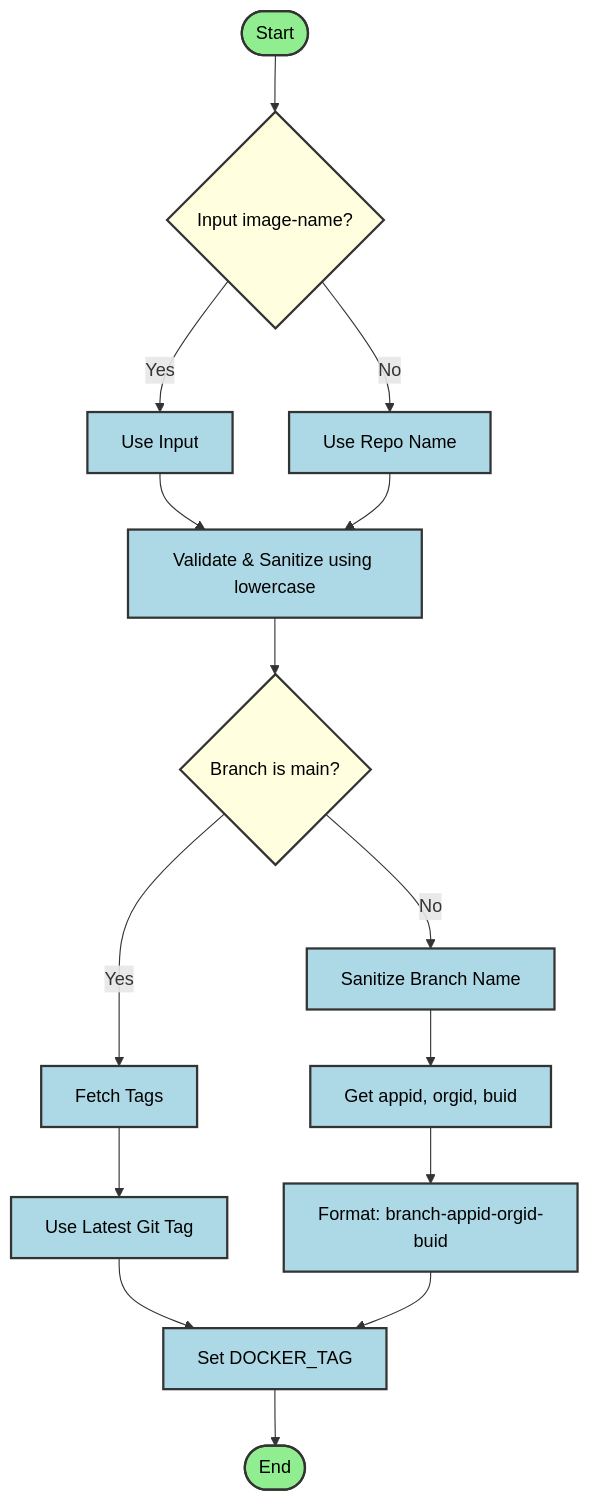
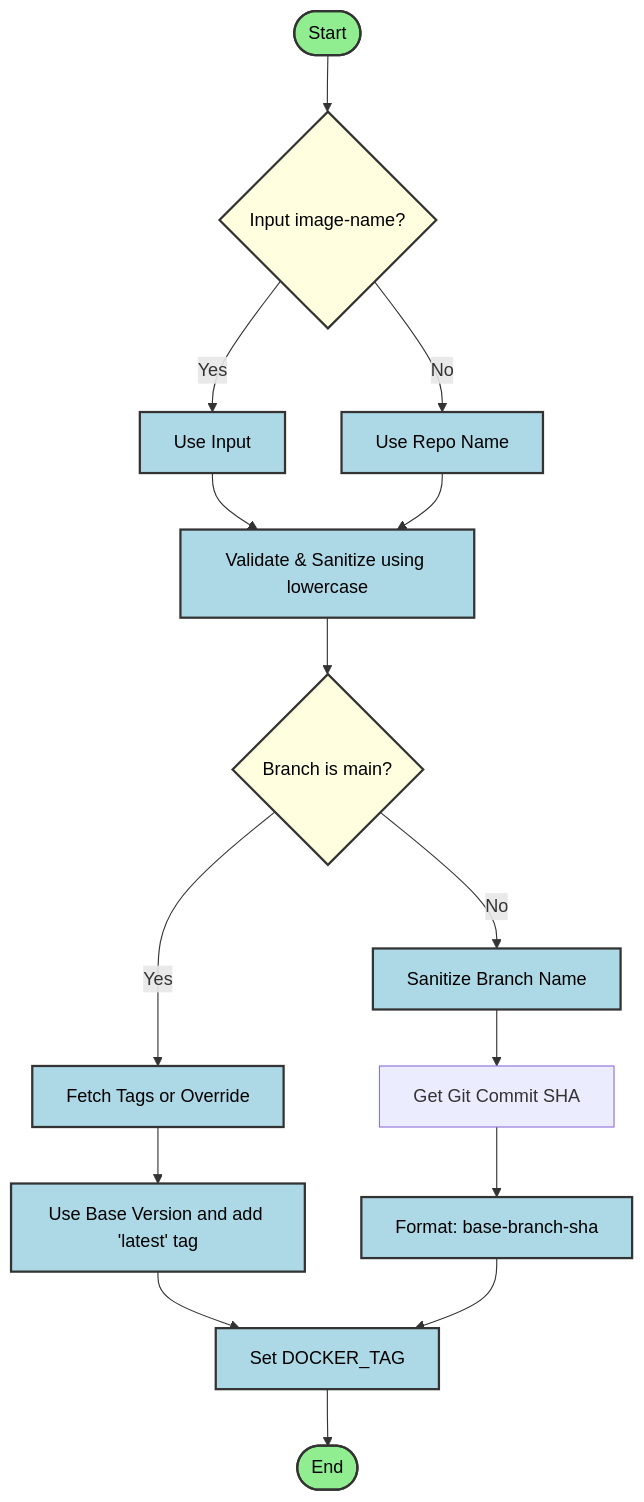
One commit to orbitcluster/oc-cicd-docker-build-workflow changed the diagram in README.md. Above: the diagram before and after it, drawn with Mermaid. The commit also changed other lines of this file and 2 other files, not shown here.

Commit message:
feat: update branch tag as latest when pushed from main

````diff
--- a/README.md
+++ b/README.md
@@ -42,25 +42,25 @@
 ```mermaid
 flowchart TD
     Start([Start]) --> InputImage{Input image-name?}
     InputImage -- Yes --> UseInput[Use Input]
     InputImage -- No --> UseRepo[Use Repo Name]
     UseInput --> Validate[Validate & Sanitize using lowercase]
     UseRepo --> Validate
     Validate --> CheckBranch{Branch is main?}
-    CheckBranch -- Yes --> FetchTags[Fetch Tags]
-    FetchTags --> LatestTag[Use Latest Git Tag]
+    CheckBranch -- Yes --> FetchTags[Fetch Tags or Override]
+    FetchTags --> LatestTag[Use Base Version and add 'latest' tag]
     LatestTag --> Output[Set DOCKER_TAG]
     CheckBranch -- No --> SanitizeBranch[Sanitize Branch Name]
-    SanitizeBranch --> GetIDs[Get appid, orgid, buid]
-    GetIDs --> FormatTag[Format: branch-appid-orgid-buid]
+    SanitizeBranch --> GetSHA[Get Git Commit SHA]
+    GetSHA --> FormatTag[Format: base-branch-sha]
     FormatTag --> Output
     Output --> End([End])
 
     classDef startend fill:#90EE90,stroke:#333,stroke-width:2px,color:#000;
     classDef process fill:#ADD8E6,stroke:#333,stroke-width:2px,color:#000;
     classDef decision fill:#FFFFE0,stroke:#333,stroke-width:2px,color:#000;
 
     class Start,End startend;
     class UseInput,UseRepo,Validate,FetchTags,LatestTag,Output,SanitizeBranch,GetIDs,FormatTag process;
     class InputImage,CheckBranch decision;
 ```
````
